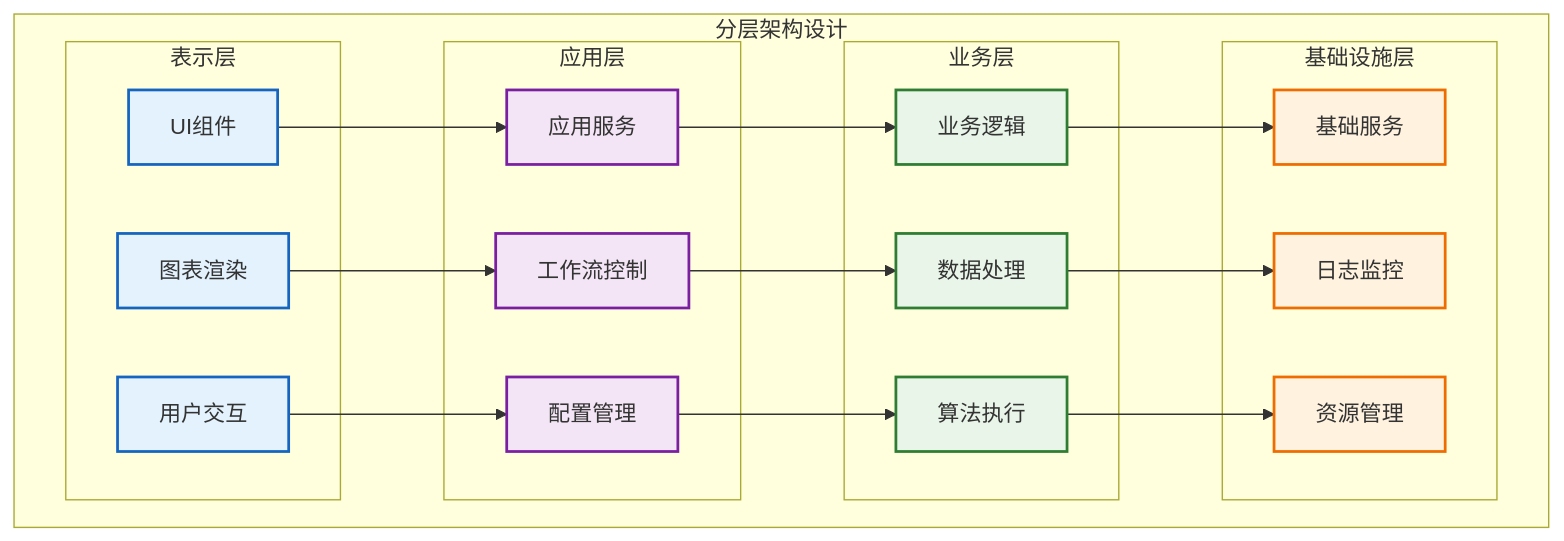
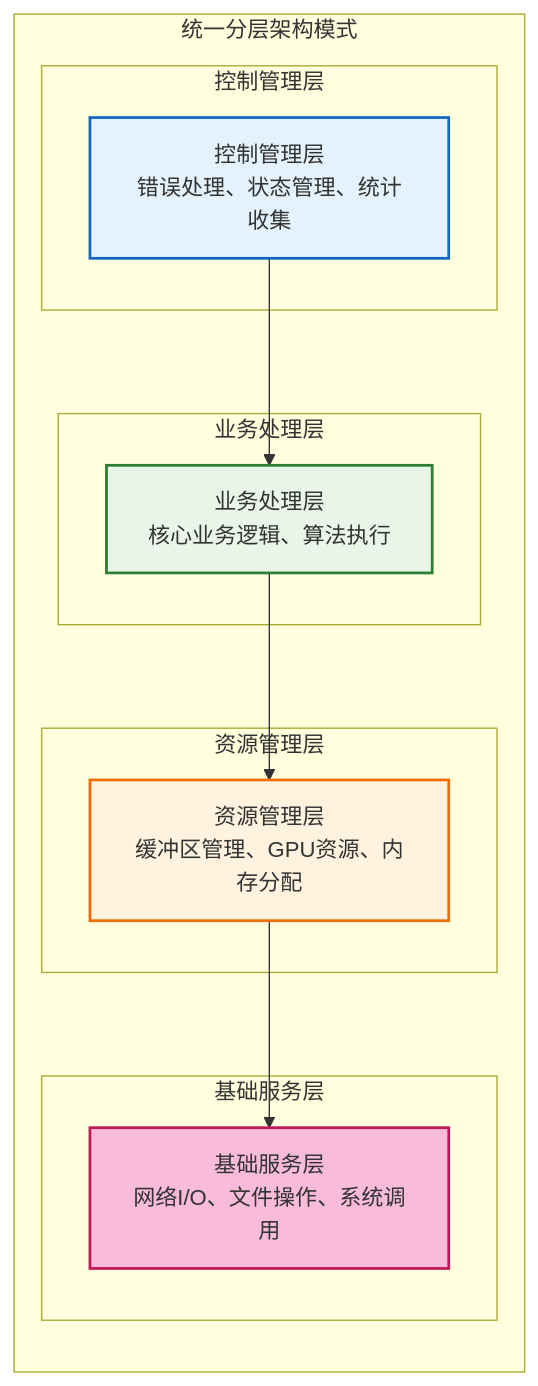
One commit to wendizhou99-cell/Radar changed the fifth of 10 diagrams in docs/01_项目设计/01_项目设计/04_核心设计原则.md. Above: the diagram before and after it, drawn with Mermaid. The commit also changed other lines of this file and 12 other files, not shown here.

````diff
--- a/docs/01_项目设计/01_项目设计/04_核心设计原则.md
+++ b/docs/01_项目设计/01_项目设计/04_核心设计原则.md
@@ -403,51 +604,37 @@
 ```mermaid
 graph TB
-    subgraph "分层架构设计"
-        subgraph "表示层"
-            UI_COMP[UI组件]
-            CHART_RENDER[图表渲染]
-            USER_INTERACT[用户交互]
+    subgraph "统一分层架构模式"
+        direction TB
+
+        subgraph "控制管理层"
+            CONTROL_LAYER[控制管理层<br/>错误处理、状态管理、统计收集]
         end
 
-        subgraph "应用层"
-            APP_SERVICE[应用服务]
-            WORKFLOW[工作流控制]
-            CONFIG_MGR[配置管理]
+        subgraph "业务处理层"
+            BUSINESS_LAYER[业务处理层<br/>核心业务逻辑、算法执行]
         end
 
-        subgraph "业务层"
-            BIZ_LOGIC[业务逻辑]
-            DATA_PROCESS[数据处理]
-            ALGORITHM[算法执行]
+        subgraph "资源管理层"
+            RESOURCE_LAYER[资源管理层<br/>缓冲区管理、GPU资源、内存分配]
         end
 
-        subgraph "基础设施层"
-            INFRA_SERVICE[基础服务]
-            LOG_MONITOR[日志监控]
-            RESOURCE_MGR[资源管理]
+        subgraph "基础服务层"
+            FOUNDATION_LAYER[基础服务层<br/>网络I/O、文件操作、系统调用]
         end
 
         %% 依赖关系（向下依赖）
-        UI_COMP --> APP_SERVICE
-        CHART_RENDER --> WORKFLOW
-        USER_INTERACT --> CONFIG_MGR
-
-        APP_SERVICE --> BIZ_LOGIC
-        WORKFLOW --> DATA_PROCESS
-        CONFIG_MGR --> ALGORITHM
-
-        BIZ_LOGIC --> INFRA_SERVICE
-        DATA_PROCESS --> LOG_MONITOR
-        ALGORITHM --> RESOURCE_MGR
+        CONTROL_LAYER --> BUSINESS_LAYER
+        BUSINESS_LAYER --> RESOURCE_LAYER
+        RESOURCE_LAYER --> FOUNDATION_LAYER
     end
 
-    classDef presentation fill:#e3f2fd,stroke:#1565c0,stroke-width:2px
-    classDef application fill:#f3e5f5,stroke:#7b1fa2,stroke-width:2px
+    classDef control fill:#e3f2fd,stroke:#1565c0,stroke-width:2px
     classDef business fill:#e8f5e8,stroke:#2e7d32,stroke-width:2px
-    classDef infrastructure fill:#fff3e0,stroke:#ef6c00,stroke-width:2px
+    classDef resource fill:#fff3e0,stroke:#ef6c00,stroke-width:2px
+    classDef foundation fill:#f8bbd9,stroke:#c2185b,stroke-width:2px
 
-    class UI_COMP,CHART_RENDER,USER_INTERACT presentation
-    class APP_SERVICE,WORKFLOW,CONFIG_MGR application
-    class BIZ_LOGIC,DATA_PROCESS,ALGORITHM business
-    class INFRA_SERVICE,LOG_MONITOR,RESOURCE_MGR infrastructure
+    class CONTROL_LAYER control
+    class BUSINESS_LAYER business
+    class RESOURCE_LAYER resource
+    class FOUNDATION_LAYER foundation
 ```
````
